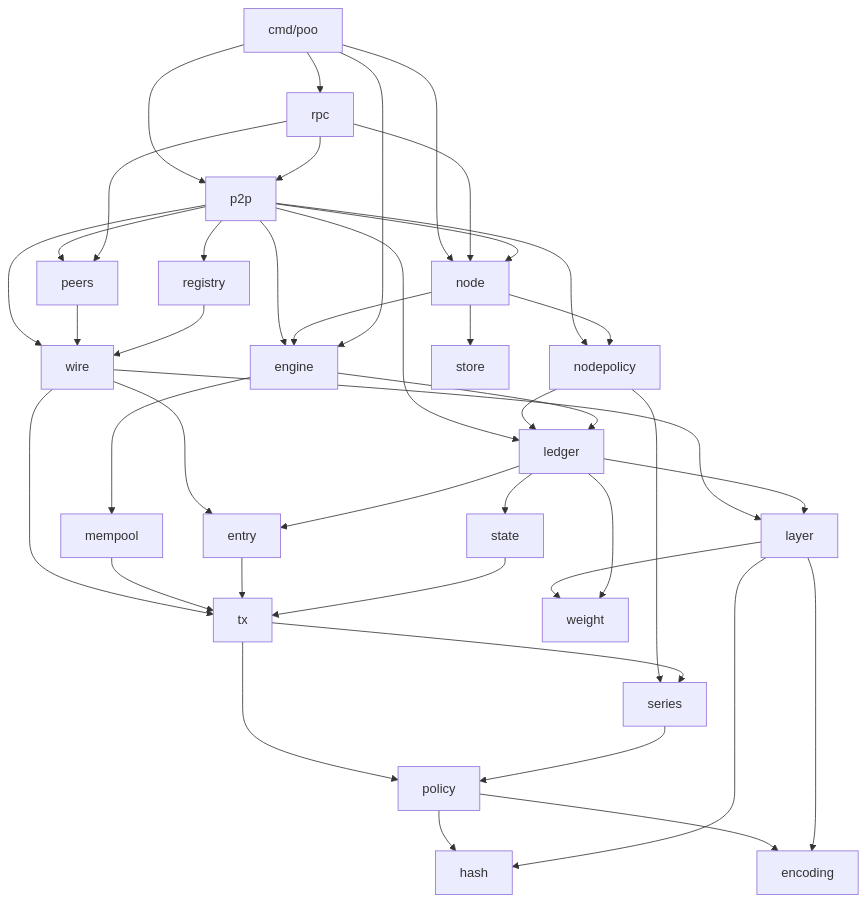
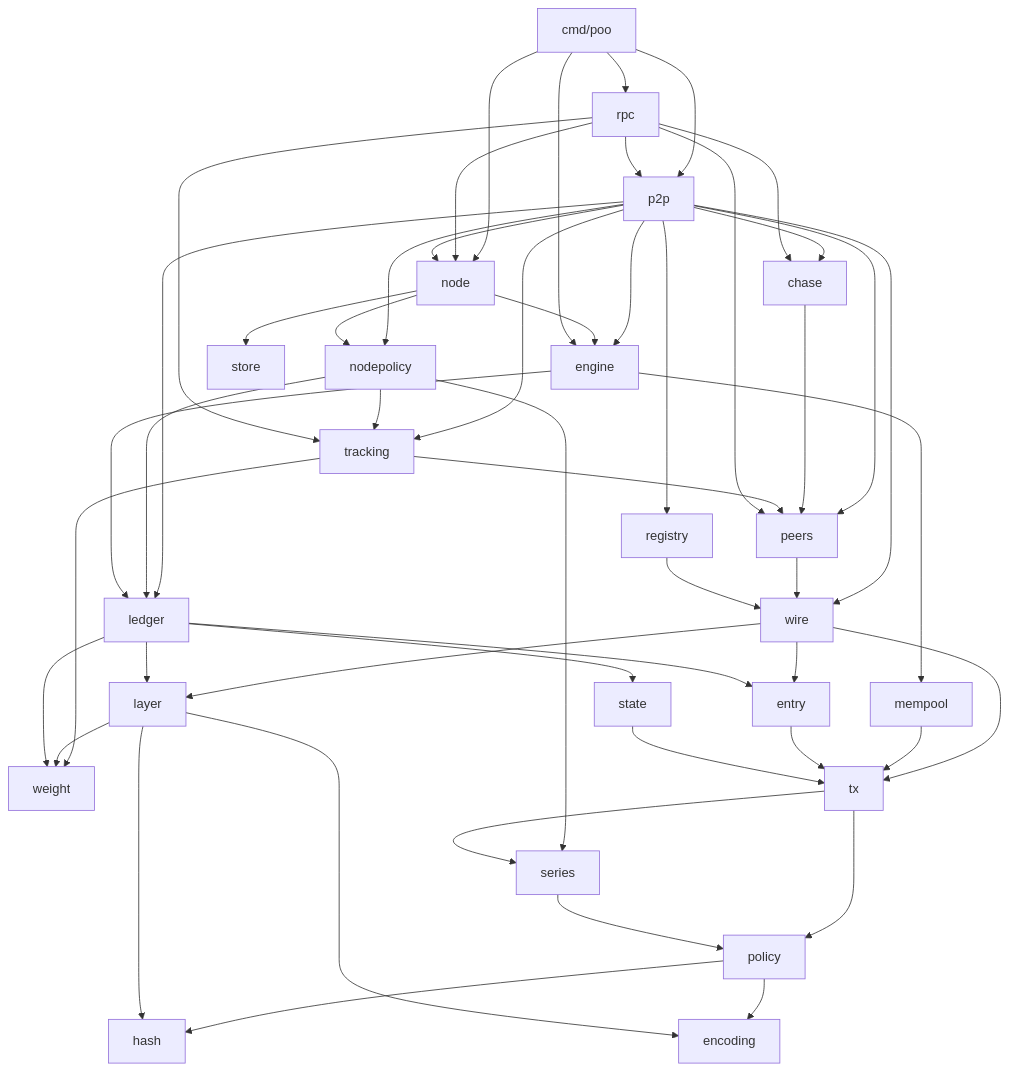
Before and after one commit to JogginTheNoggin/crypto-mint-net: the first of 2 diagrams in docs/architecture.md, drawn with Mermaid. The commit also changed other lines of this file and 16 other files, not shown here.

First line of the commit message:
Document milestone 5: tracking, chase, peers, p2p, decisions D50-D62

````diff
--- a/docs/architecture.md
+++ b/docs/architecture.md
@@ -24,44 +25,52 @@
 ```mermaid
 graph TD
   cmd[cmd/poo] --> rpc
   cmd --> node
   cmd --> p2p
   rpc --> node
   rpc --> p2p
   p2p --> node
   p2p --> wire
   p2p --> engine
   p2p --> ledger
   p2p --> nodepolicy
   p2p --> peers
   p2p --> registry
+  p2p --> tracking
+  p2p --> chase
+  chase --> peers
+  tracking --> peers
+  tracking --> weight
+  nodepolicy --> tracking
+  rpc --> tracking
+  rpc --> chase
   peers --> wire
   registry --> wire
   rpc --> peers
   wire --> entry
   wire --> layer
   wire --> tx
   node --> engine
   node --> store
   node --> nodepolicy
   nodepolicy --> ledger
   nodepolicy --> series
   cmd --> engine
   engine --> ledger
   engine --> mempool
   ledger --> entry
   ledger --> layer
   ledger --> state
   mempool --> tx
   entry --> tx
   state --> tx
   tx --> series
   tx --> policy
   series --> policy
   layer --> weight
   ledger --> weight
   policy --> hash
   policy --> encoding
   layer --> hash
   layer --> encoding
 ```
````
